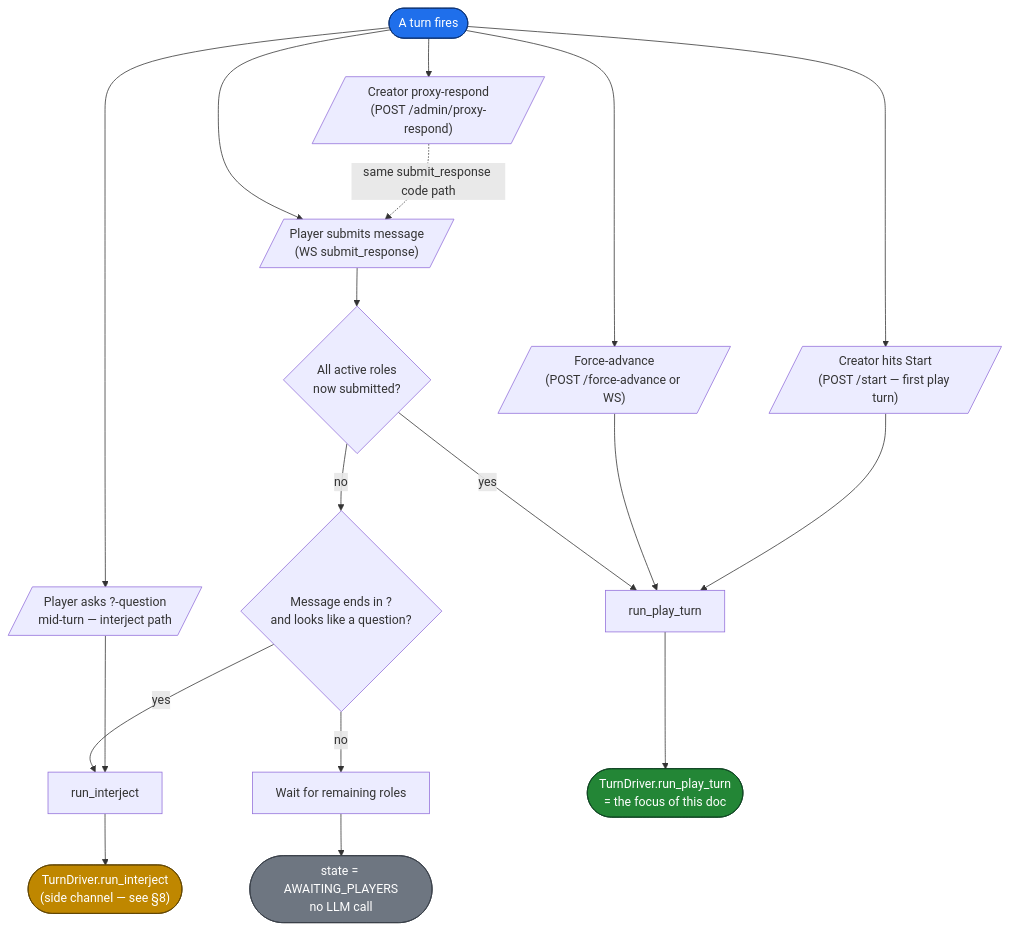
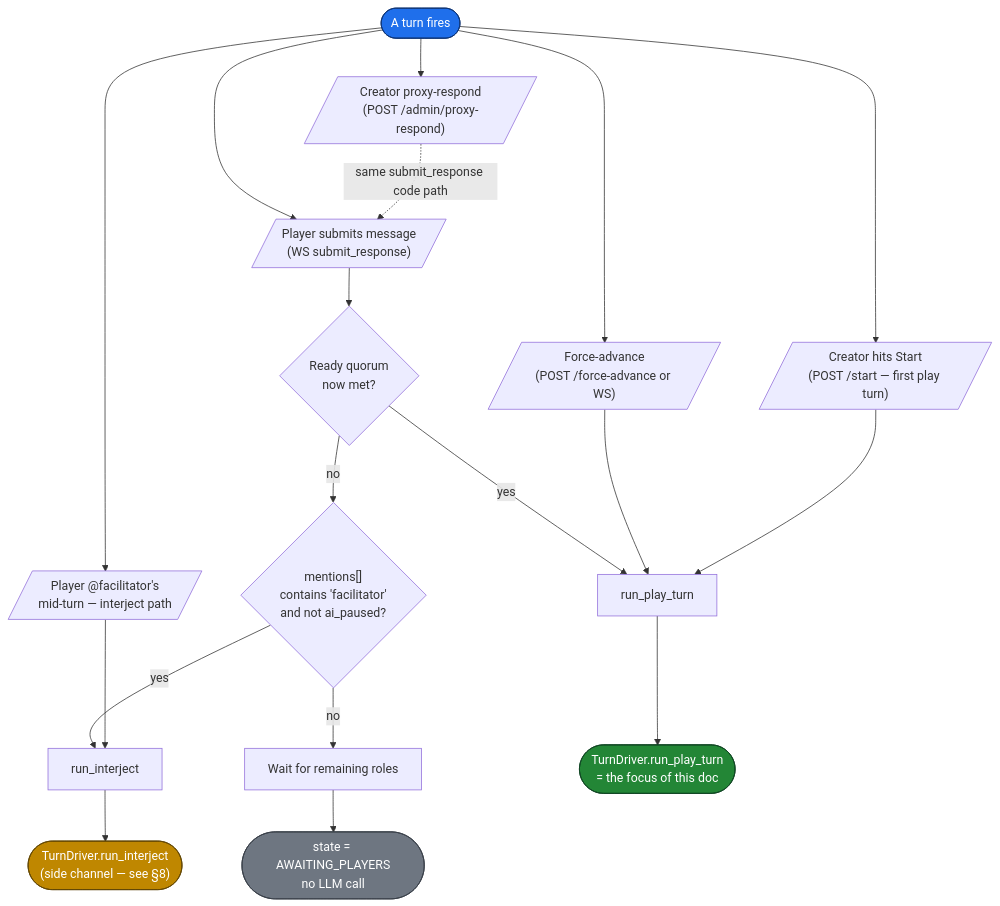
One commit to nebriv/Crittable changed the first of 13 diagrams in docs/turn-lifecycle.md. Above: the diagram before and after it, drawn with Mermaid. The commit also changed other lines of this file and 29 other files, not shown here.

````diff
--- a/docs/turn-lifecycle.md
+++ b/docs/turn-lifecycle.md
@@ -137,30 +137,30 @@
 ```mermaid
 flowchart TD
     Start(["A turn fires"]):::start
 
     Start --> A[/"Player submits message<br/>(WS submit_response)"/]
     Start --> B[/"Force-advance<br/>(POST /force-advance or WS)"/]
     Start --> C[/"Creator hits Start<br/>(POST /start — first play turn)"/]
     Start --> D[/"Creator proxy-respond<br/>(POST /admin/proxy-respond)"/]
-    Start --> E[/"Player asks ?-question<br/>mid-turn — interject path"/]
+    Start --> E[/"Player @facilitator's<br/>mid-turn — interject path"/]
 
-    A --> Q1{"All active roles<br/>now submitted?"}
+    A --> Q1{"Ready quorum<br/>now met?"}
     Q1 -- "yes" --> RUN[run_play_turn]
-    Q1 -- "no" --> Q2{"Message ends in ?<br/>and looks like a question?"}
+    Q1 -- "no" --> Q2{"mentions[]<br/>contains 'facilitator'<br/>and not ai_paused?"}
     Q2 -- "yes" --> INTJ[run_interject]
     Q2 -- "no" --> WAIT[Wait for remaining roles]
 
     B --> RUN
     C --> RUN
     D -.same submit_response code path.-> A
     E --> INTJ
 
     RUN --> Driver(["TurnDriver.run_play_turn<br/>= the focus of this doc"]):::driver
     INTJ --> InterjDoc(["TurnDriver.run_interject<br/>(side channel — see §8)"]):::sidedriver
     WAIT --> WaitDoc(["state = AWAITING_PLAYERS<br/>no LLM call"]):::wait
 
     classDef start fill:#1f6feb,stroke:#0a3070,color:#fff
     classDef driver fill:#238636,stroke:#0d4321,color:#fff
     classDef sidedriver fill:#bf8700,stroke:#5f4400,color:#fff
     classDef wait fill:#6e7681,stroke:#373e47,color:#fff
 ```
````
